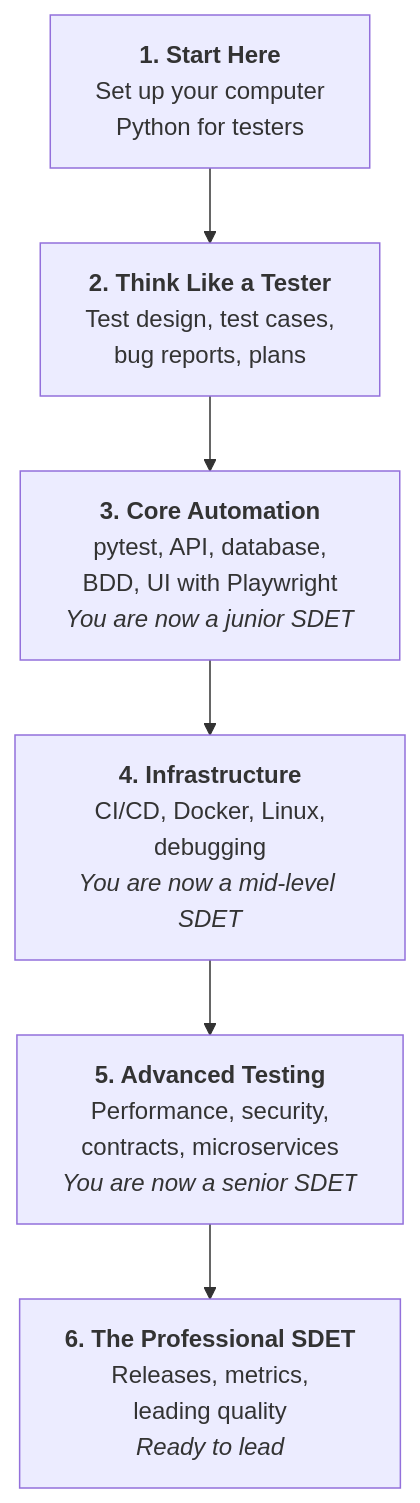
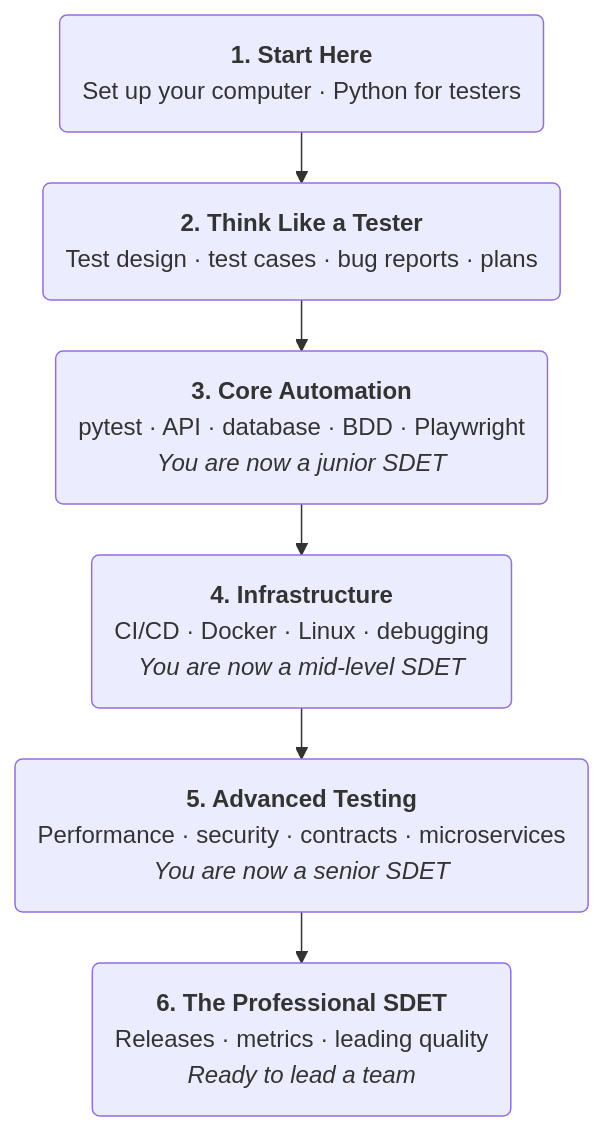
Before and after one commit to arshaduzzaman-sm/zero-to-sdet: the diagram in docs/learning-path.md, drawn with Mermaid. The commit also changed 11 other files, not shown here.

````diff
--- a/docs/learning-path.md
+++ b/docs/learning-path.md
@@ -21,8 +21,17 @@
 ```mermaid
+---
+config:
+  flowchart:
+    wrappingWidth: 360
+    nodeSpacing: 30
+    rankSpacing: 34
+---
 flowchart TD
-    A["<b>1. Start Here</b><br/>Set up your computer<br/>Python for testers"] --> B["<b>2. Think Like a Tester</b><br/>Test design, test cases,<br/>bug reports, plans"]
-    B --> C["<b>3. Core Automation</b><br/>pytest, API, database,<br/>BDD, UI with Playwright<br/><i>You are now a junior SDET</i>"]
-    C --> D["<b>4. Infrastructure</b><br/>CI/CD, Docker, Linux,<br/>debugging<br/><i>You are now a mid-level SDET</i>"]
-    D --> E["<b>5. Advanced Testing</b><br/>Performance, security,<br/>contracts, microservices<br/><i>You are now a senior SDET</i>"]
-    E --> F["<b>6. The Professional SDET</b><br/>Releases, metrics,<br/>leading quality<br/><i>Ready to lead</i>"]
+    A("<b>1. Start Here</b><br/>Set up your computer · Python for testers")
+    B("<b>2. Think Like a Tester</b><br/>Test design · test cases · bug reports · plans")
+    C("<b>3. Core Automation</b><br/>pytest · API · database · BDD · Playwright<br/><i>You are now a junior SDET</i>")
+    D("<b>4. Infrastructure</b><br/>CI/CD · Docker · Linux · debugging<br/><i>You are now a mid-level SDET</i>")
+    E("<b>5. Advanced Testing</b><br/>Performance · security · contracts · microservices<br/><i>You are now a senior SDET</i>")
+    F("<b>6. The Professional SDET</b><br/>Releases · metrics · leading quality<br/><i>Ready to lead a team</i>")
+    A --> B --> C --> D --> E --> F
 ```
````
